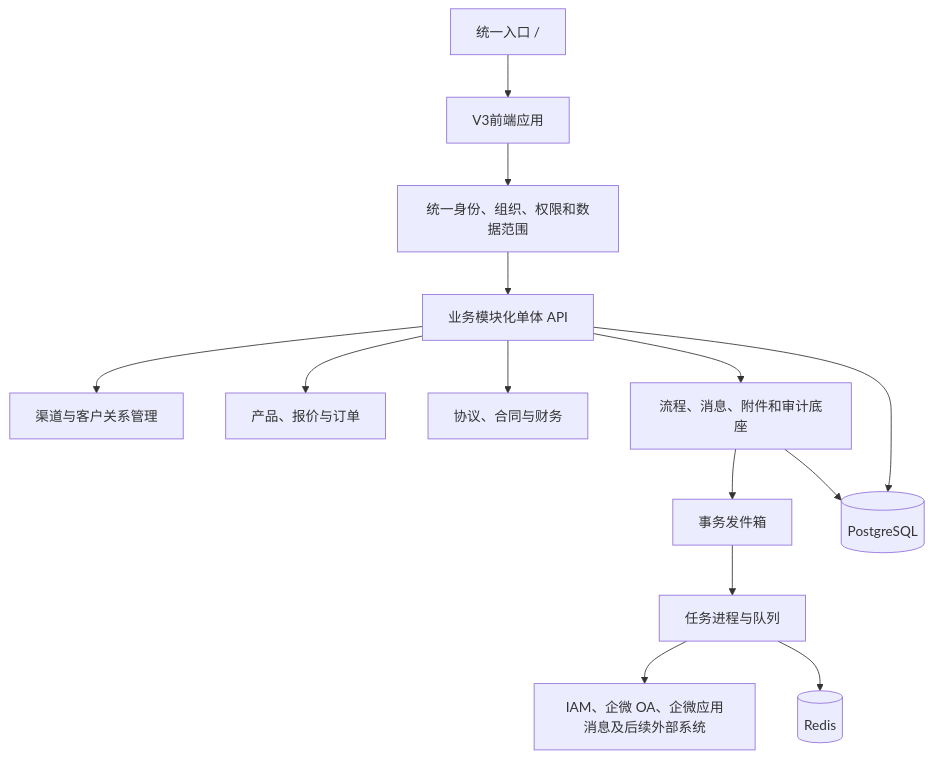
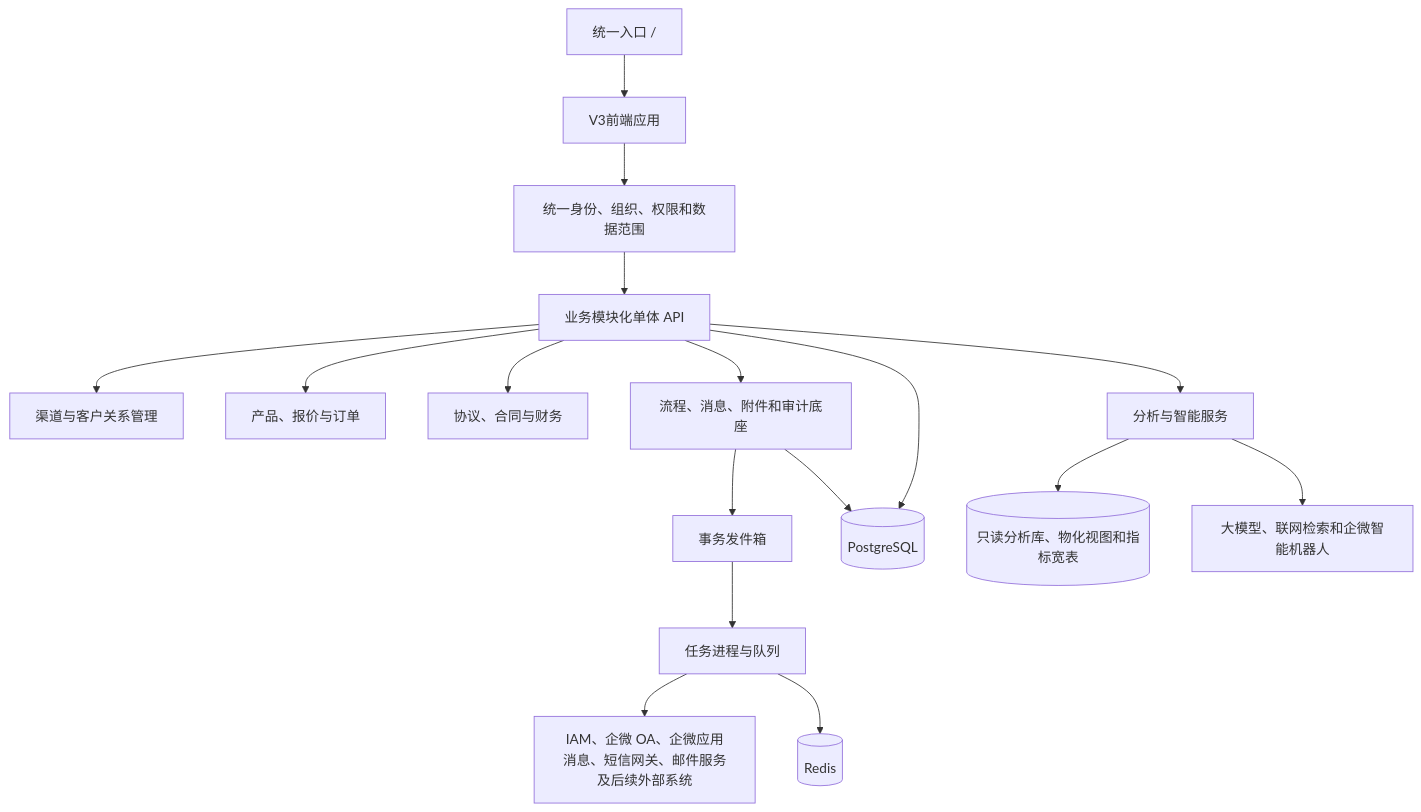
Before and after one commit to Liu12138-oss/lianruan-crm-deploy-v3: the first of 8 diagrams in docs/V3业务平台底座与业务扩展实施交付方案.md, drawn with Mermaid. The commit also changed other lines of this file and 299 other files, not shown here.

````diff
--- a/docs/V3业务平台底座与业务扩展实施交付方案.md
+++ b/docs/V3业务平台底座与业务扩展实施交付方案.md
@@ -267,16 +283,19 @@
 ```mermaid
 flowchart TB
     U["统一入口 /"] --> W["V3前端应用"]
     W --> I["统一身份、组织、权限和数据范围"]
     I --> B["业务模块化单体 API"]
     B --> C1["渠道与客户关系管理"]
     B --> C2["产品、报价与订单"]
     B --> C3["协议、合同与财务"]
     B --> F["流程、消息、附件和审计底座"]
+    B --> A["分析与智能服务"]
     F --> O["事务发件箱"]
     O --> Q["任务进程与队列"]
-    Q --> E["IAM、企微 OA、企微应用消息及后续外部系统"]
+    Q --> E["IAM、企微 OA、企微应用消息、短信网关、邮件服务及后续外部系统"]
     B --> P[("PostgreSQL")]
+    A --> D[("只读分析库、物化视图和指标宽表")]
+    A --> M["大模型、联网检索和企微智能机器人"]
     F --> P
     Q --> R[("Redis")]
 ```
````
